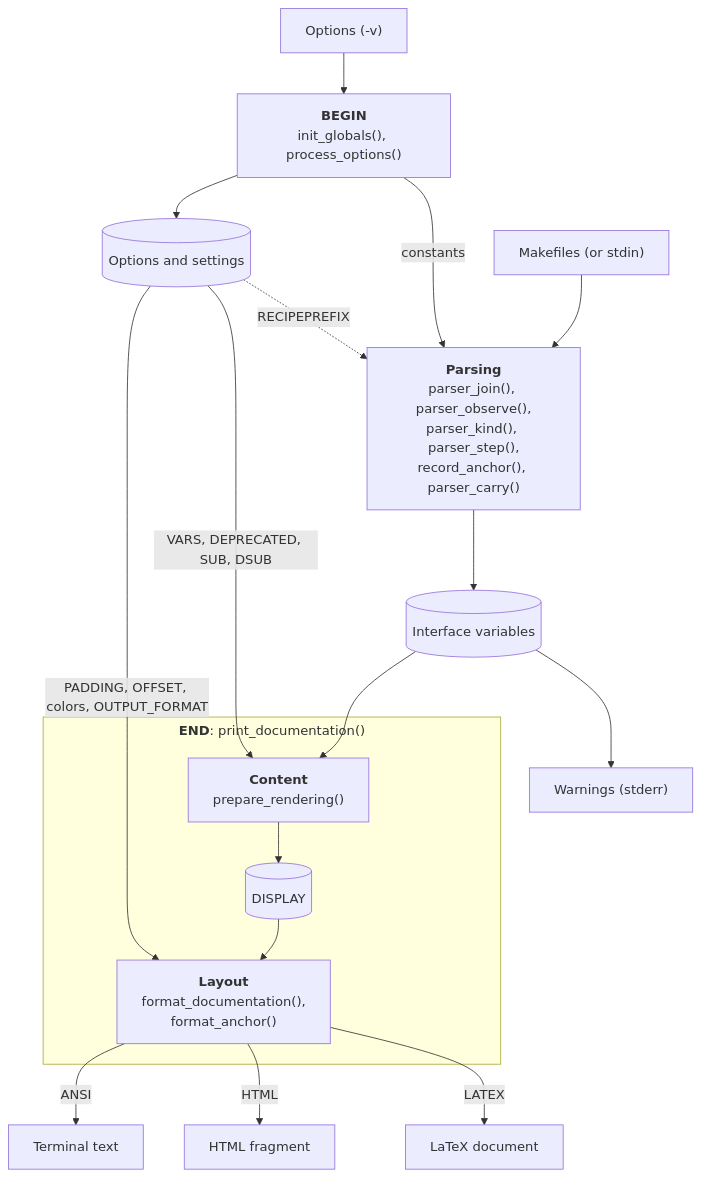
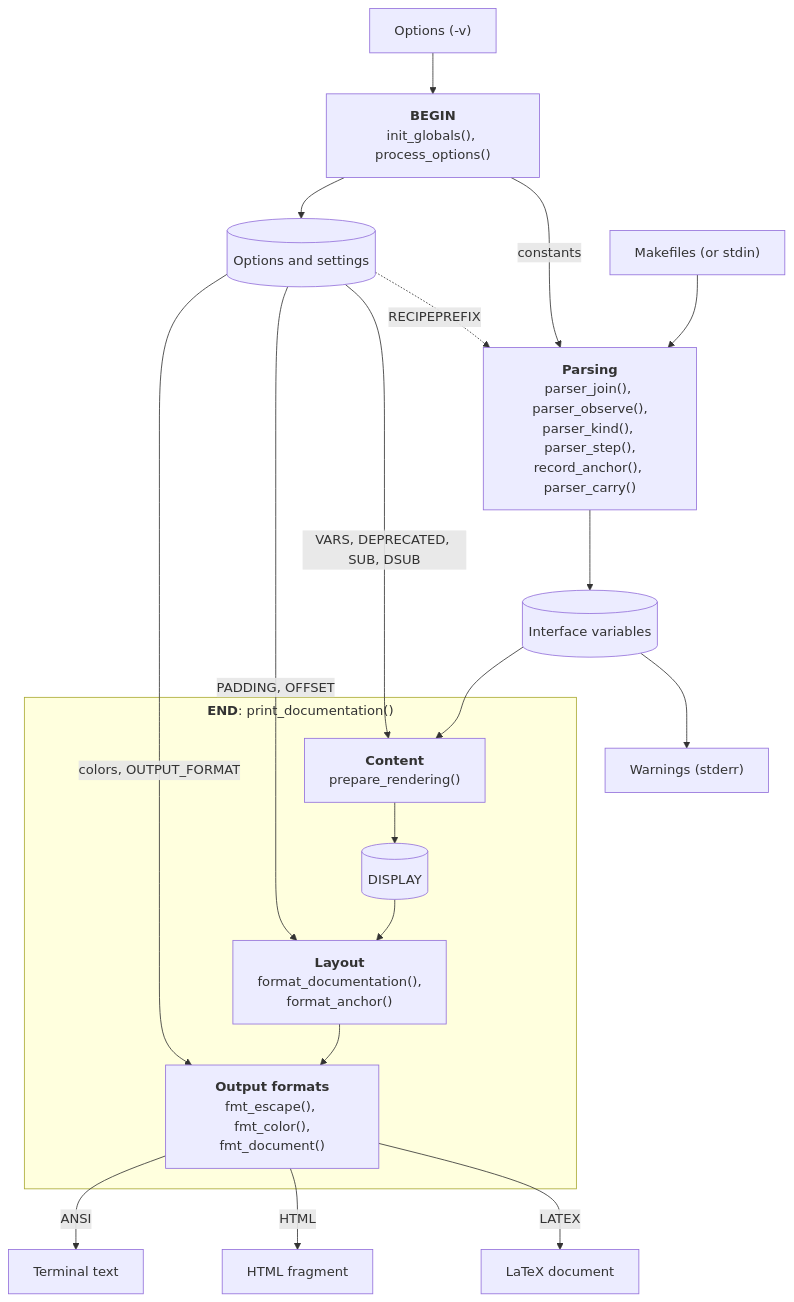
One commit to drdv/makefile-doc changed the diagram in test/README.md. Above: the diagram before and after it, drawn with Mermaid. The commit also changed other lines of this file, not shown here.

First line of the commit message:
Update the architecture diagram in the test/README

````diff
--- a/test/README.md
+++ b/test/README.md
@@ -295,32 +295,34 @@
 ```mermaid
 ---
 config:
   layout: dagre
   flowchart:
     curve: basis
     subGraphTitleMargin:
       top: 5
       bottom: 20
 ---
 flowchart TD
     options["Options (-v)"] --> begin["<b>BEGIN</b><br/>init_globals(), process_options()"]
     makefiles["Makefiles (or stdin)"] --> parsing["<b>Parsing</b><br/>parser_join(), parser_observe(),<br/>parser_kind(), parser_step(),<br/>record_anchor(), parser_carry()"]
     begin -- "constants" --> parsing
     begin --> settings[("Options and settings")]
 
     settings -. "RECIPEPREFIX" .-> parsing
     parsing --> interface[("Interface variables")]
 
     subgraph end_ ["<b>END</b>: print_documentation()"]
         content["<b>Content</b><br/>prepare_rendering()"] --> display[("DISPLAY")]
         display --> layout["<b>Layout</b><br/>format_documentation(),<br/>format_anchor()"]
+        layout --> formats["<b>Output formats</b><br/>fmt_escape(), fmt_color(),<br/>fmt_document()"]
     end
 
     interface --> content
     settings -- "VARS, DEPRECATED, SUB, DSUB" --> content
-    settings -- "PADDING, OFFSET, colors, OUTPUT_FORMAT" --> layout
-    layout -- "ANSI" --> ansi["Terminal text"]
-    layout -- "HTML" --> html["HTML fragment"]
-    layout -- "LATEX" --> latex["LaTeX document"]
+    settings -- "PADDING, OFFSET" --> layout
+    settings -- "colors, OUTPUT_FORMAT" --> formats
+    formats -- "ANSI" --> ansi["Terminal text"]
+    formats -- "HTML" --> html["HTML fragment"]
+    formats -- "LATEX" --> latex["LaTeX document"]
     interface --> stderr["Warnings (stderr)"]
 ```
````
